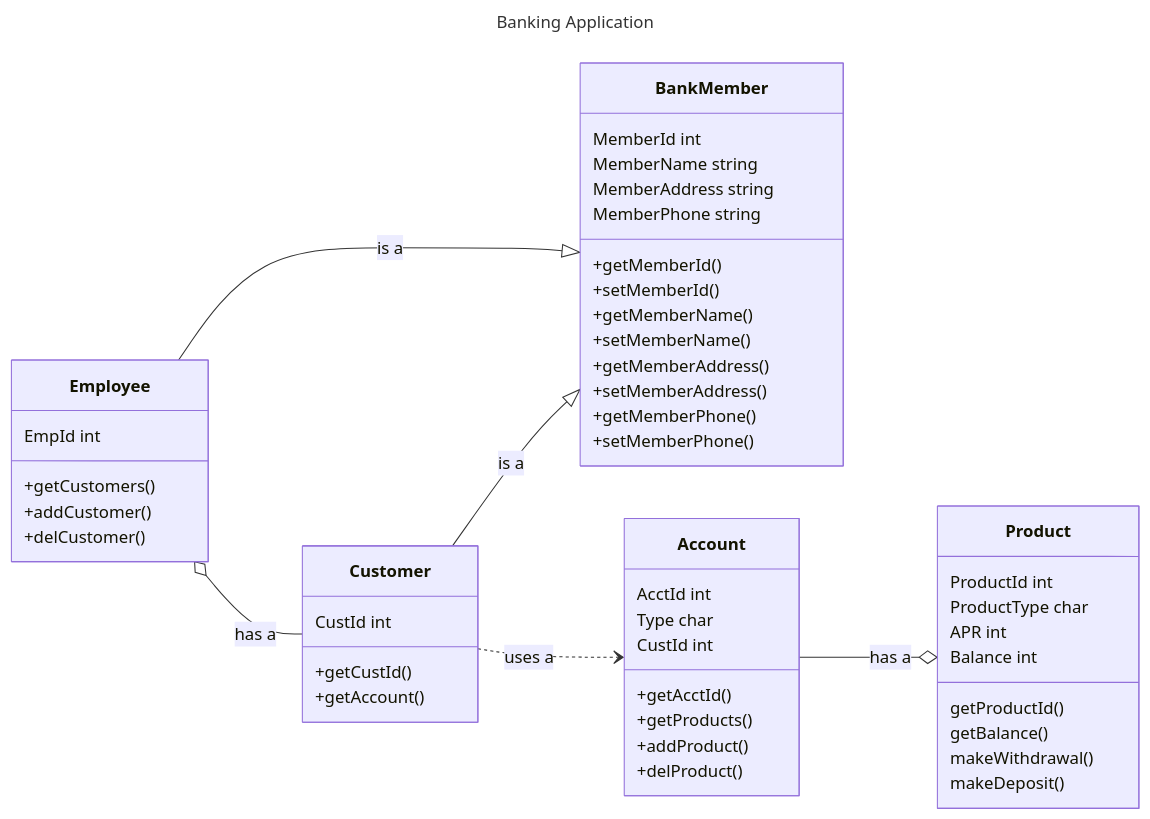
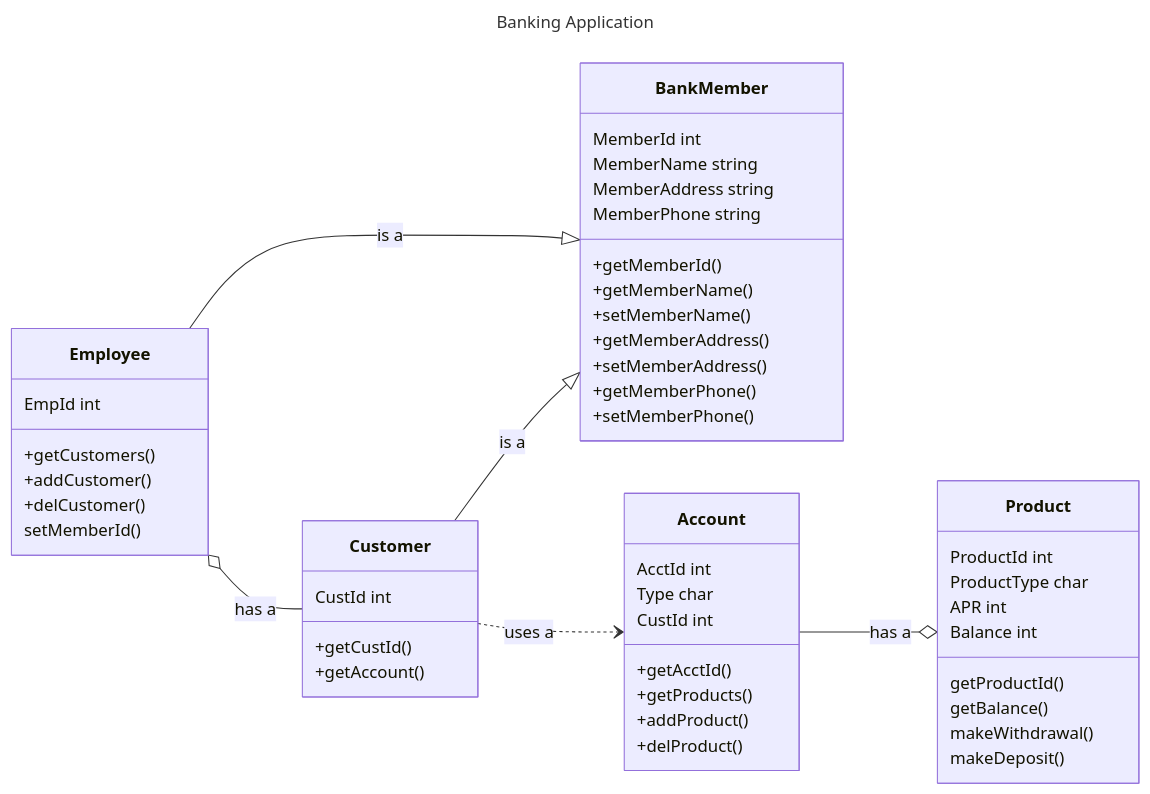
One commit to Marcus-Snell/Test changed the diagram in mermaid.md. Above: the diagram before and after it, drawn with Mermaid.

````diff
--- a/mermaid.md
+++ b/mermaid.md
@@ -1,52 +1,52 @@
 ```mermaid
 ---
 title: Banking Application
 ---
 classDiagram
 direction LR
 BankMember
 BankMember : MemberId int
 BankMember : MemberName string
 BankMember : MemberAddress string
 BankMember : MemberPhone string
 BankMember : +getMemberId()
-BankMember : +setMemberId()
 BankMember : +getMemberName()
 BankMember : +setMemberName()
 BankMember : +getMemberAddress()
 BankMember : +setMemberAddress()
 BankMember : +getMemberPhone()
 BankMember : +setMemberPhone()
 
 Employee --|> BankMember : is a
 Employee o-- Customer : has a
 Employee : EmpId int
 Employee : +getCustomers()
 Employee : +addCustomer()
 Employee : +delCustomer()
+Employee : setMemberId()
 
 Customer --|> BankMember : is a
 Customer ..> Account : uses a
 Customer : CustId int
 Customer : +getCustId()
 Customer : +getAccount()
 
 Account --o Product : has a
 Account : AcctId int
 Account : Type char
 Account : CustId int
 Account : +getAcctId()
 Account : +getProducts()
 Account : +addProduct()
 Account : +delProduct()
 
 Product : ProductId int
 Product : ProductType char
 Product : APR int
 Product : Balance int
 Product : getProductId()
 Product : getBalance()
 Product : makeWithdrawal()
 Product : makeDeposit()
 
 ```
````
